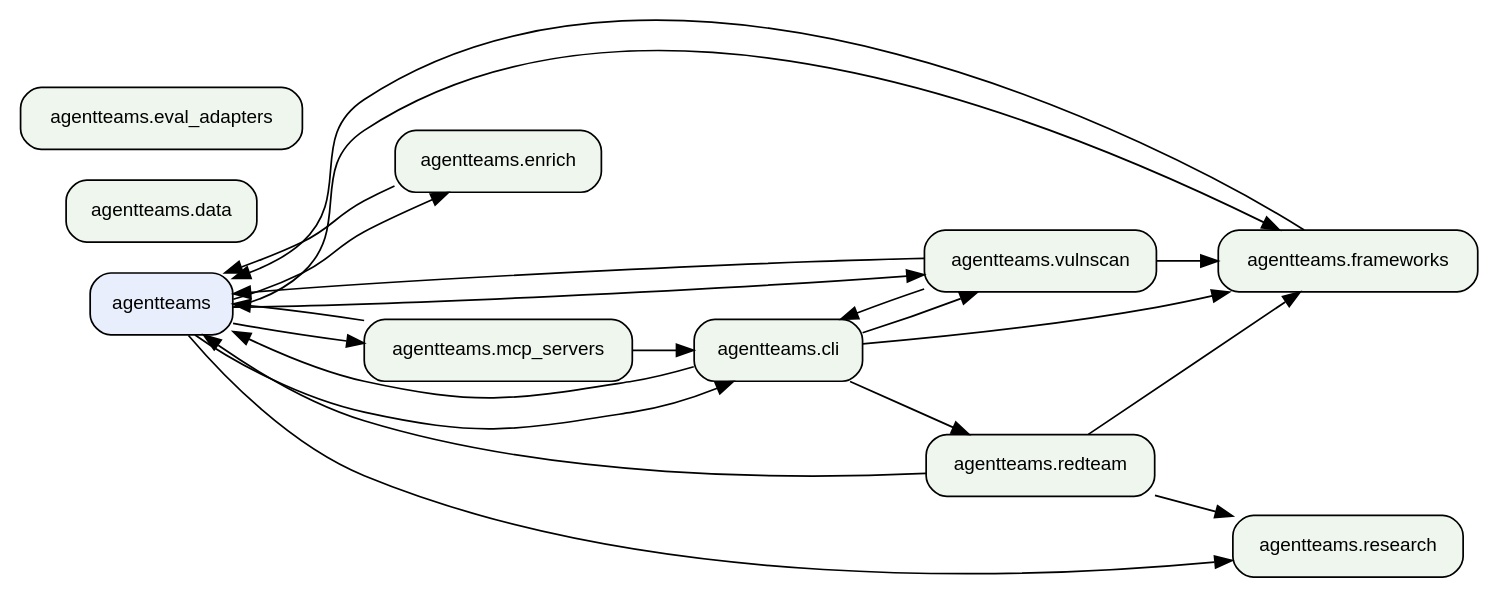
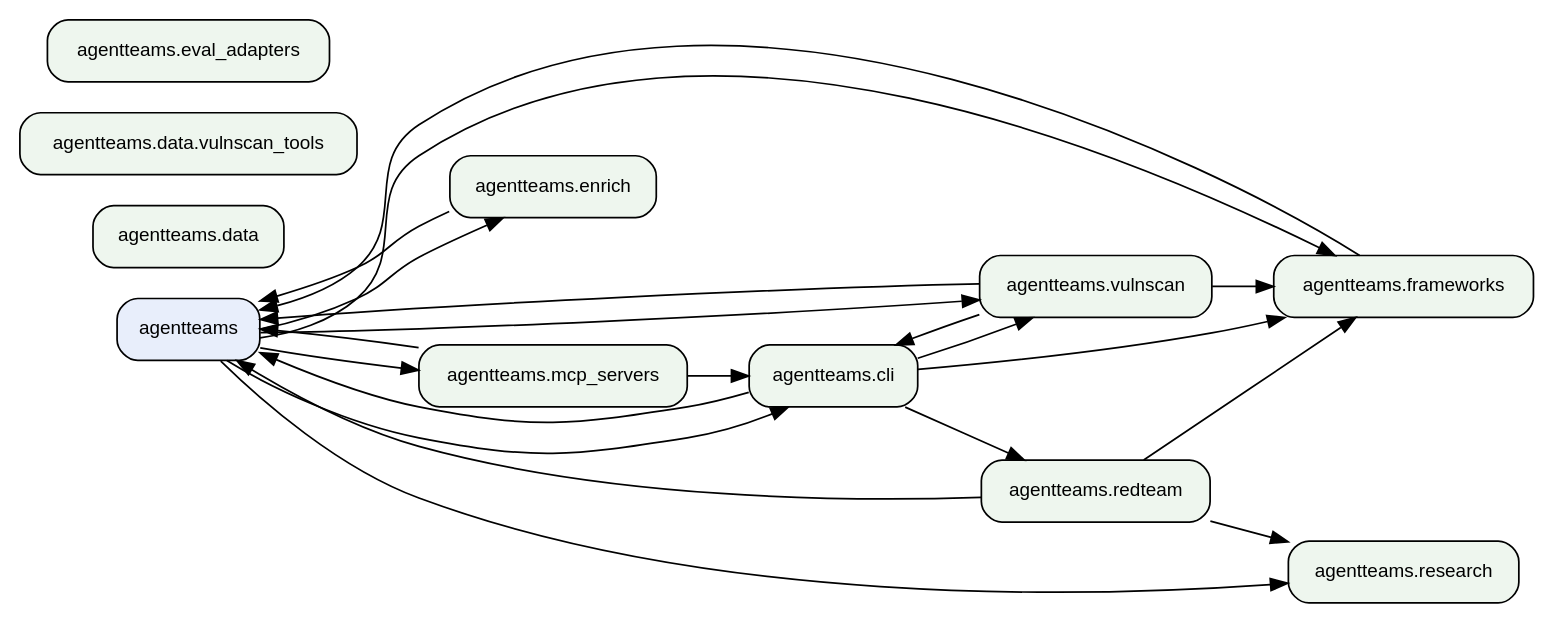
One commit to jlcatonjr/agentteams changed the second of 2 diagrams in references/architecture-graph.md. Above: the diagram before and after it, drawn with Graphviz. The commit also changed other lines of this file and 35 other files, not shown here.

First line of the commit message:
vulnscan: executor subprocesses in a hardened tools container; gateway DLP

````diff
--- a/references/architecture-graph.md
+++ b/references/architecture-graph.md
@@ -423,37 +433,38 @@
 ```dot
 digraph "agentteams architecture" {
     rankdir=LR;
     node [fontname="Helvetica", fontsize=11, shape=box, style="rounded,filled", fillcolor="#eef6ee"];
     edge [fontsize=9];
     "agentteams" [fillcolor="#e8eefb"];
     "agentteams.cli" [fillcolor="#eef6ee"];
     "agentteams.data" [fillcolor="#eef6ee"];
+    "agentteams.data.vulnscan_tools" [fillcolor="#eef6ee"];
     "agentteams.enrich" [fillcolor="#eef6ee"];
     "agentteams.eval_adapters" [fillcolor="#eef6ee"];
     "agentteams.frameworks" [fillcolor="#eef6ee"];
     "agentteams.mcp_servers" [fillcolor="#eef6ee"];
     "agentteams.redteam" [fillcolor="#eef6ee"];
     "agentteams.research" [fillcolor="#eef6ee"];
     "agentteams.vulnscan" [fillcolor="#eef6ee"];
     "agentteams" -> "agentteams.cli";
     "agentteams" -> "agentteams.enrich";
     "agentteams" -> "agentteams.frameworks";
     "agentteams" -> "agentteams.mcp_servers";
     "agentteams" -> "agentteams.research";
     "agentteams" -> "agentteams.vulnscan";
     "agentteams.cli" -> "agentteams";
     "agentteams.cli" -> "agentteams.frameworks";
     "agentteams.cli" -> "agentteams.redteam";
     "agentteams.cli" -> "agentteams.vulnscan";
     "agentteams.enrich" -> "agentteams";
     "agentteams.frameworks" -> "agentteams";
     "agentteams.mcp_servers" -> "agentteams";
     "agentteams.mcp_servers" -> "agentteams.cli";
     "agentteams.redteam" -> "agentteams";
     "agentteams.redteam" -> "agentteams.frameworks";
     "agentteams.redteam" -> "agentteams.research";
     "agentteams.vulnscan" -> "agentteams";
     "agentteams.vulnscan" -> "agentteams.cli";
     "agentteams.vulnscan" -> "agentteams.frameworks";
 }
 ```
````
